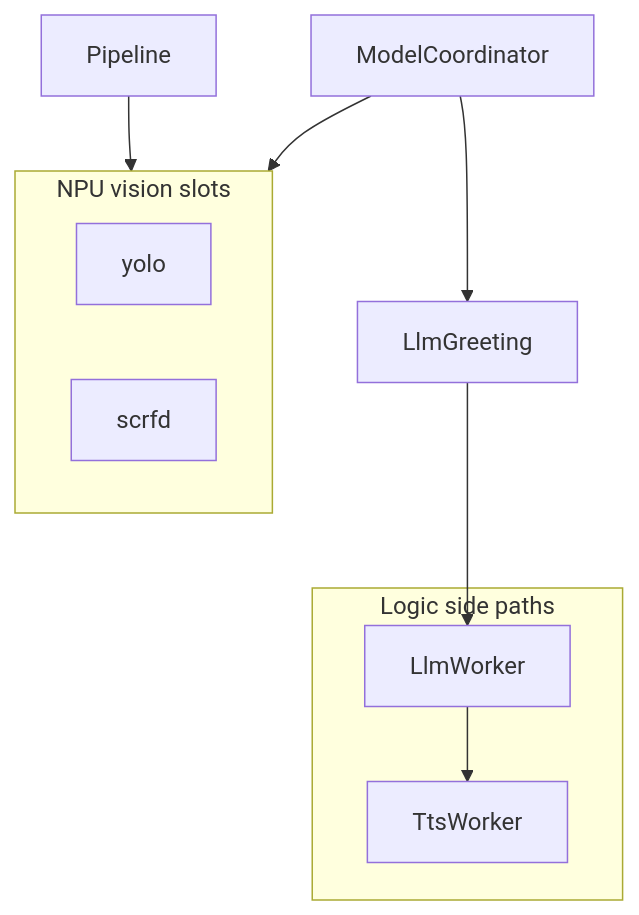
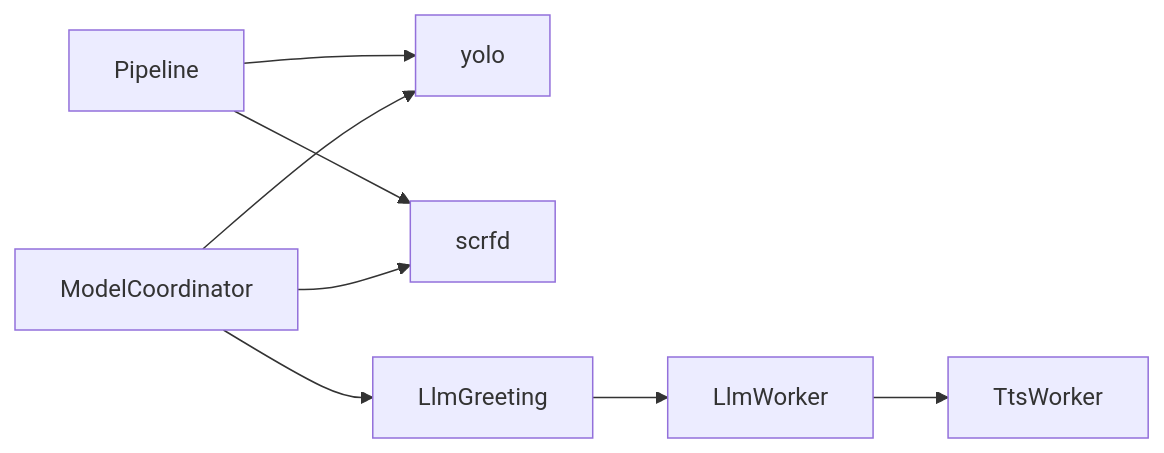
One commit to kyshipit/eai-rk3588 changed the first of 3 diagrams in docs/architecture-and-runtime.md. Above: the diagram before and after it, drawn with Mermaid. The commit also changed other lines of this file and 11 other files, not shown here.

````diff
--- a/docs/architecture-and-runtime.md
+++ b/docs/architecture-and-runtime.md
@@ -87,19 +88,10 @@
 ```mermaid
-flowchart TB
-    subgraph vision [NPU vision slots]
-        YOLO[yolo]
-        SCRFD[scrfd]
-    end
-    subgraph logic [Logic side paths]
-        LLM[LlmWorker]
-        TTS[TtsWorker]
-    end
-    MC[ModelCoordinator]
-    Greet[LlmGreeting]
-    Pipe[Pipeline]
-    Pipe --> vision
-    MC --> vision
-    MC --> Greet
-    Greet --> LLM
-    LLM --> TTS
+flowchart LR
+    Pipe[Pipeline] --> YOLO[yolo]
+    Pipe --> SCRFD[scrfd]
+    MC[ModelCoordinator] --> YOLO
+    MC --> SCRFD
+    MC --> Greet[LlmGreeting]
+    Greet --> LLM[LlmWorker]
+    LLM --> TTS[TtsWorker]
 ```
````
